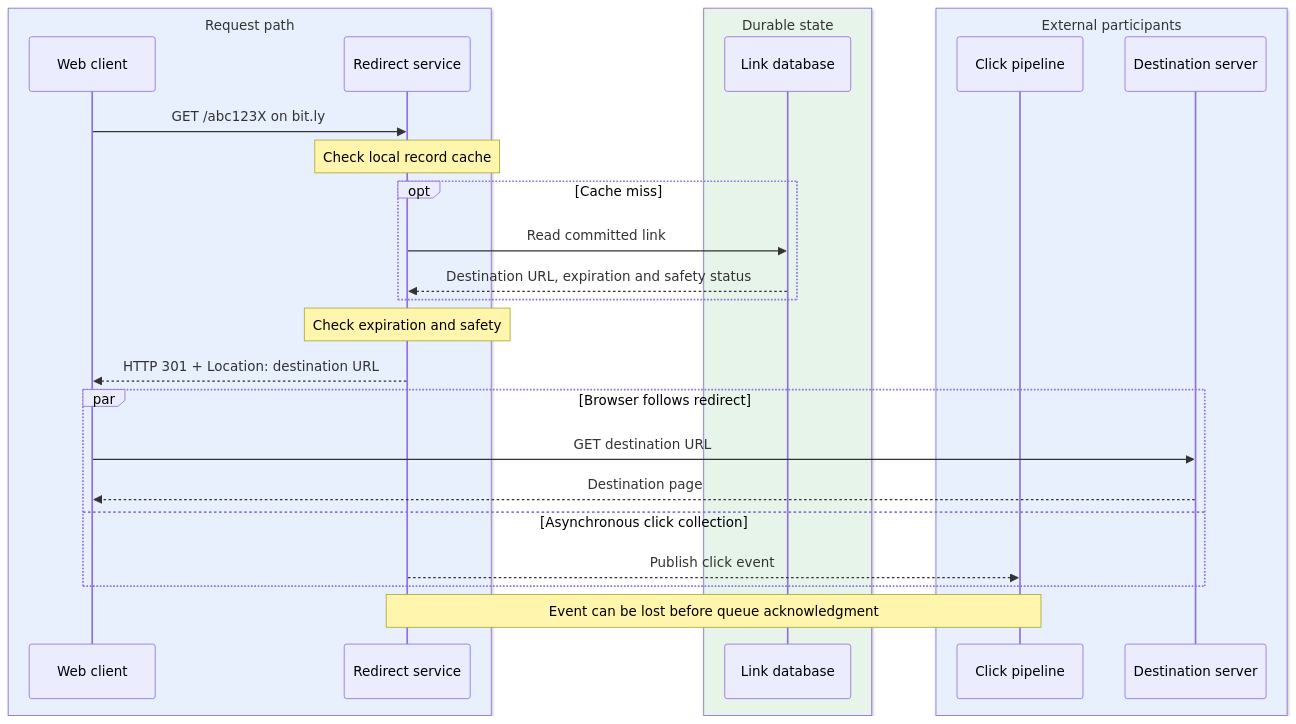
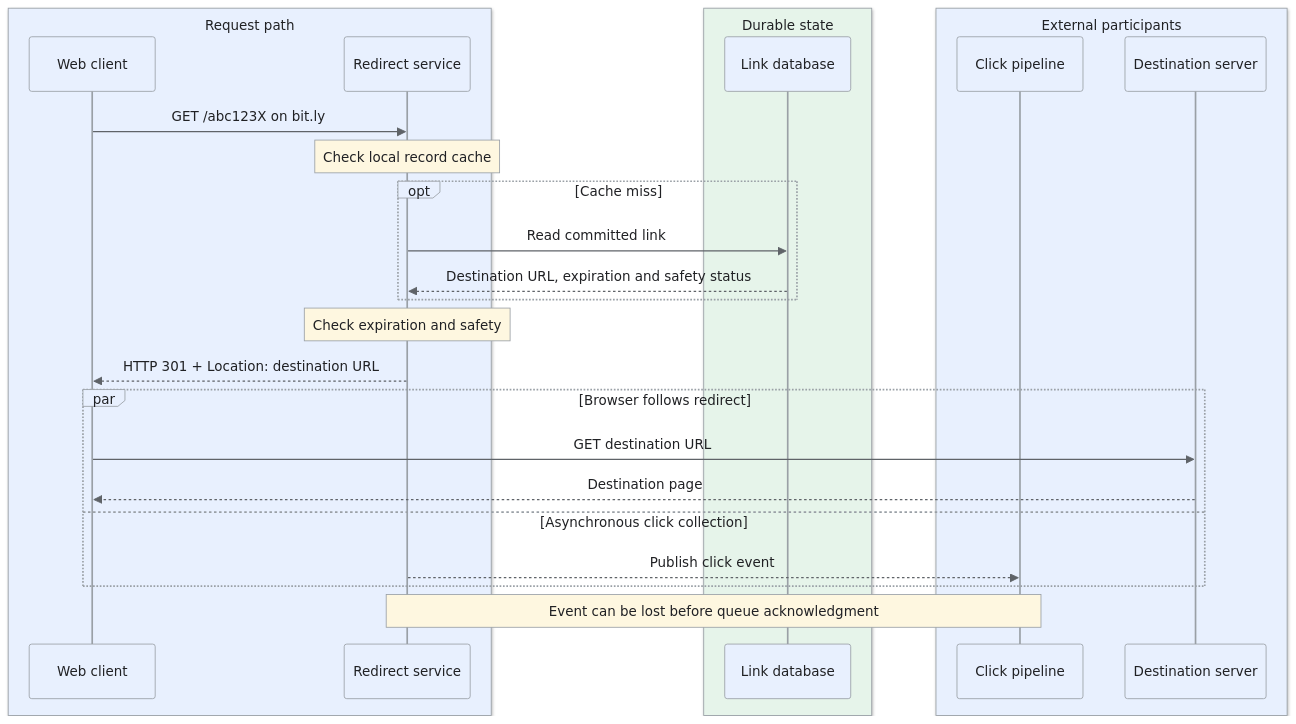
Before and after one commit to iliazlobin/iliazlobin.github.io: the third of 7 diagrams in _designs/system-design-bitly-url-shortener.md, drawn with Mermaid. The commit also changed other lines of this file and 116 other files, not shown here.

````diff
--- a/_designs/system-design-bitly-url-shortener.md
+++ b/_designs/system-design-bitly-url-shortener.md
@@ -308,29 +294,30 @@
 ```mermaid
+%%{init: {"theme":"base","themeVariables":{"primaryColor":"#e8f0fe","primaryBorderColor":"#9aa0a6","primaryTextColor":"#202124","secondaryColor":"#e6f4ea","tertiaryColor":"#fef7e0","lineColor":"#5f6368","actorBkg":"#e8f0fe","actorBorder":"#9aa0a6","actorTextColor":"#202124","noteBkgColor":"#fef7e0","noteBorderColor":"#9aa0a6","noteTextColor":"#202124","signalColor":"#5f6368","signalTextColor":"#202124"}}}%%
 sequenceDiagram
   box rgb(232,240,254) Request path
   participant W as Web client
   participant R as Redirect service
   end
   box rgb(230,244,234) Durable state
   participant D as Link database
   end
   box rgb(232,240,254) External participants
   participant P as Click pipeline
   participant T as Destination server
   end
     W->>R: GET /abc123X on bit.ly
     Note over R: Check local record cache
     opt Cache miss
         R->>D: Read committed link
         D-->>R: Destination URL, expiration and safety status
     end
     Note over R: Check expiration and safety
     R-->>W: HTTP 301 + Location: destination URL
     par Browser follows redirect
         W->>T: GET destination URL
         T-->>W: Destination page
     and Asynchronous click collection
         R-->>P: Publish click event
     end
     Note over R,P: Event can be lost before queue acknowledgment
 ```
````
